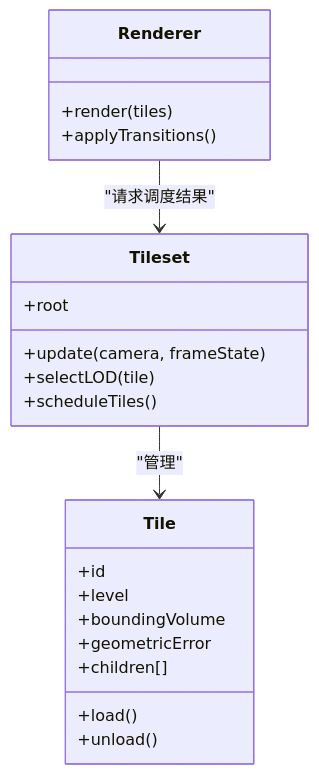
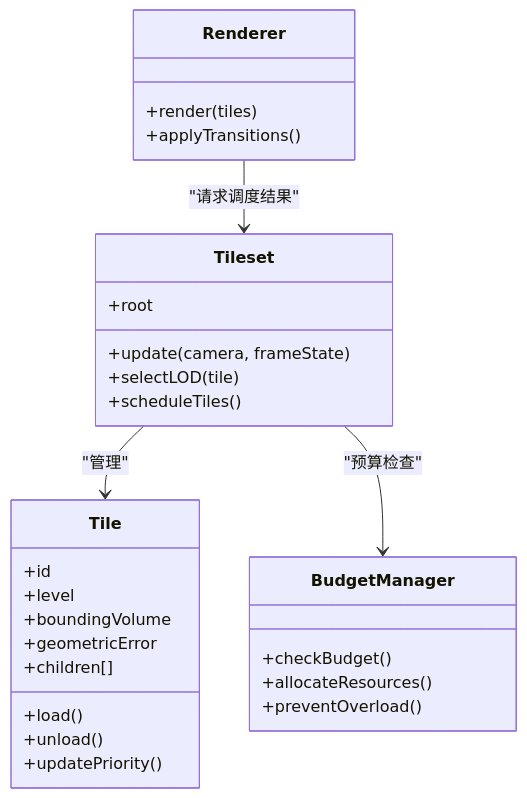
One commit to rzhangjing/cesium changed the fourth of 9 diagrams in .qoder/repowiki/zh/content/性能优化/数据加载优化/瓦片加载策略.md. Above: the diagram before and after it, drawn with Mermaid. The commit also changed other lines of this file and 24 other files, not shown here.

````diff
--- a/.qoder/repowiki/zh/content/性能优化/数据加载优化/瓦片加载策略.md
+++ b/.qoder/repowiki/zh/content/性能优化/数据加载优化/瓦片加载策略.md
@@ -145,24 +167,31 @@
 ```mermaid
 classDiagram
 class Tile {
 +id
 +level
 +boundingVolume
 +geometricError
 +children[]
 +load()
 +unload()
++updatePriority()
 }
 class Tileset {
 +root
 +update(camera, frameState)
 +selectLOD(tile)
 +scheduleTiles()
 }
 class Renderer {
 +render(tiles)
 +applyTransitions()
 }
+class BudgetManager {
++checkBudget()
++allocateResources()
++preventOverload()
+}
 Tileset --> Tile : "管理"
 Renderer --> Tileset : "请求调度结果"
+Tileset --> BudgetManager : "预算检查"
 ```
````
